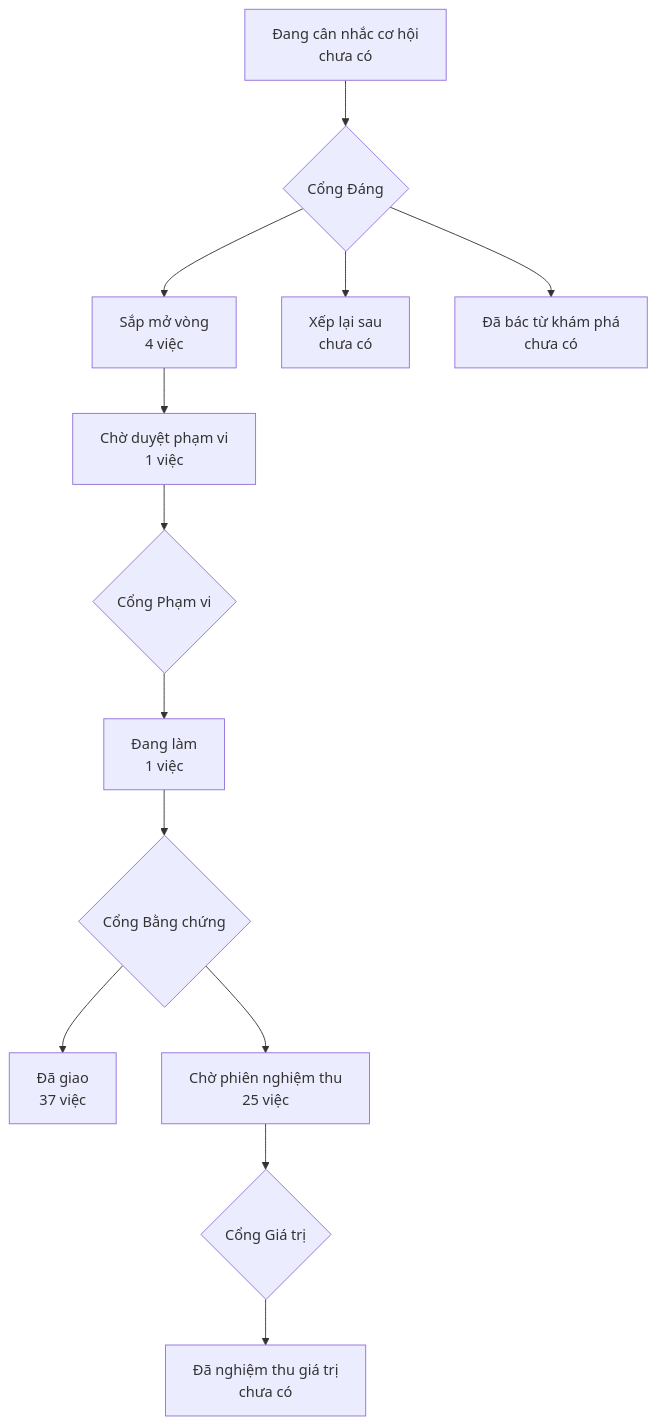
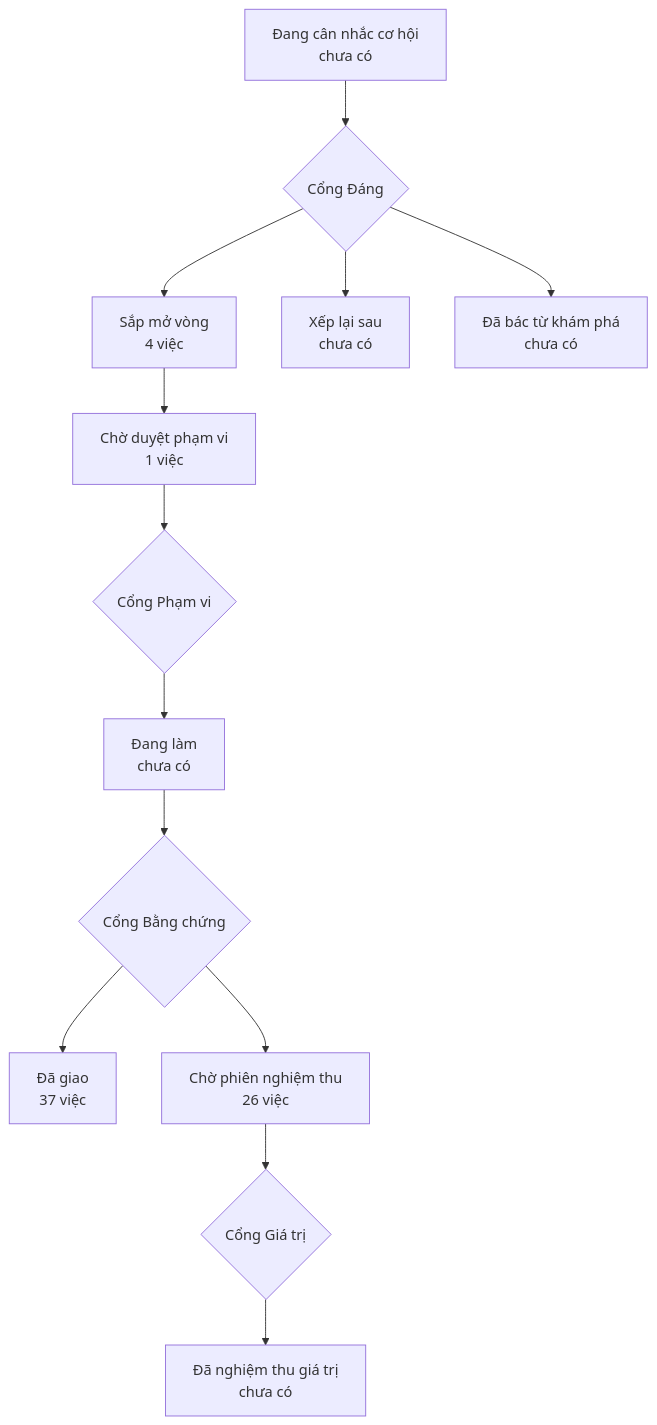
The diagram in PRODUCT-MAP.md (phanlemanh/onehub-invest), drawn with Mermaid before and after one commit. The commit also changed other lines of this file and 4 other files, not shown here.

````diff
--- a/PRODUCT-MAP.md
+++ b/PRODUCT-MAP.md
@@ -7,12 +7,12 @@
 ```mermaid
 flowchart TD
   A["Đang cân nhắc cơ hội<br/>chưa có"] --> GD{"Cổng Đáng"}
   GD --> B["Sắp mở vòng<br/>4 việc"]
   GD --> XL["Xếp lại sau<br/>chưa có"]
   GD --> DB["Đã bác từ khám phá<br/>chưa có"]
   B --> CD["Chờ duyệt phạm vi<br/>1 việc"] --> GP{"Cổng Phạm vi"}
-  GP --> DL["Đang làm<br/>1 việc"] --> GB{"Cổng Bằng chứng"}
+  GP --> DL["Đang làm<br/>chưa có"] --> GB{"Cổng Bằng chứng"}
   GB --> DG["Đã giao<br/>37 việc"]
-  GB --> CN["Chờ phiên nghiệm thu<br/>25 việc"] --> GG{"Cổng Giá trị"}
+  GB --> CN["Chờ phiên nghiệm thu<br/>26 việc"] --> GG{"Cổng Giá trị"}
   GG --> NT["Đã nghiệm thu giá trị<br/>chưa có"]
 ```
````
